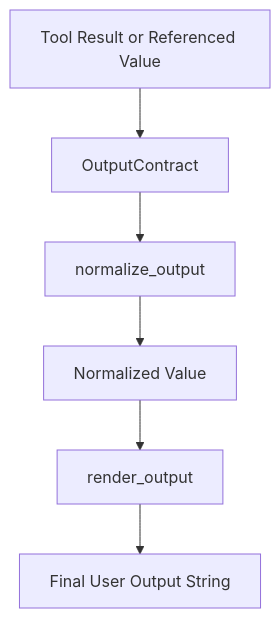
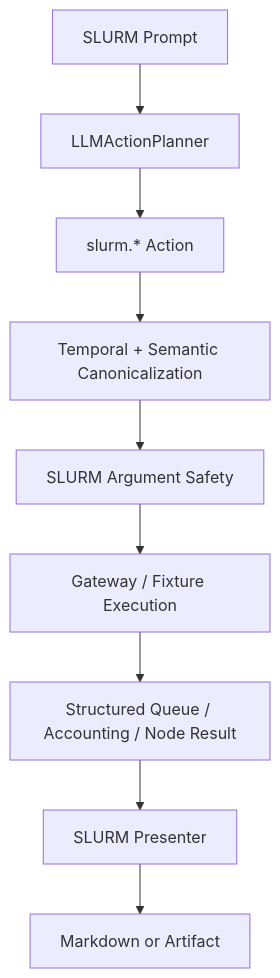
Before and after one commit to vinithbraj/openfabric: the seventh of 9 diagrams in docs/MERMAID_DIAGRAMS.md, drawn with Mermaid. The commit also changed other lines of this file and 105 other files, not shown here.

Commit message:
Document current OpenFABRIC architecture

````diff
--- a/docs/MERMAID_DIAGRAMS.md
+++ b/docs/MERMAID_DIAGRAMS.md
@@ -39,8 +120,11 @@
 ```mermaid
 flowchart TD
-    A[Tool Result or Referenced Value] --> B[OutputContract]
-    B --> C[normalize_output]
-    C --> D[Normalized Value]
-    D --> E[render_output]
-    E --> F[Final User Output String]
+    A[SLURM Prompt] --> B[LLMActionPlanner]
+    B --> C[slurm.* Action]
+    C --> D[Temporal + Semantic Canonicalization]
+    D --> E[SLURM Argument Safety]
+    E --> F[Gateway / Fixture Execution]
+    F --> G[Structured Queue / Accounting / Node Result]
+    G --> H[SLURM Presenter]
+    H --> I[Markdown or Artifact]
 ```
````
